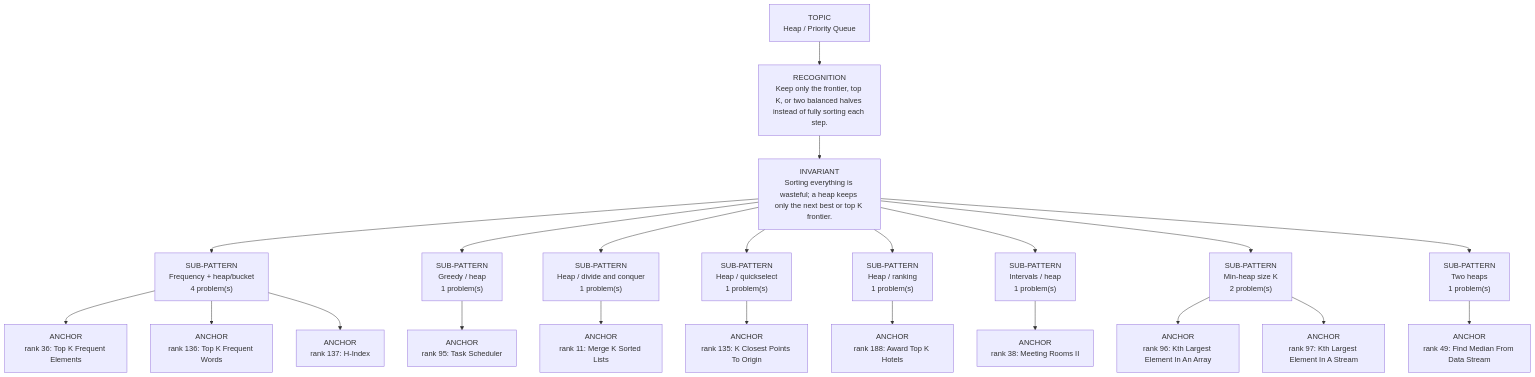
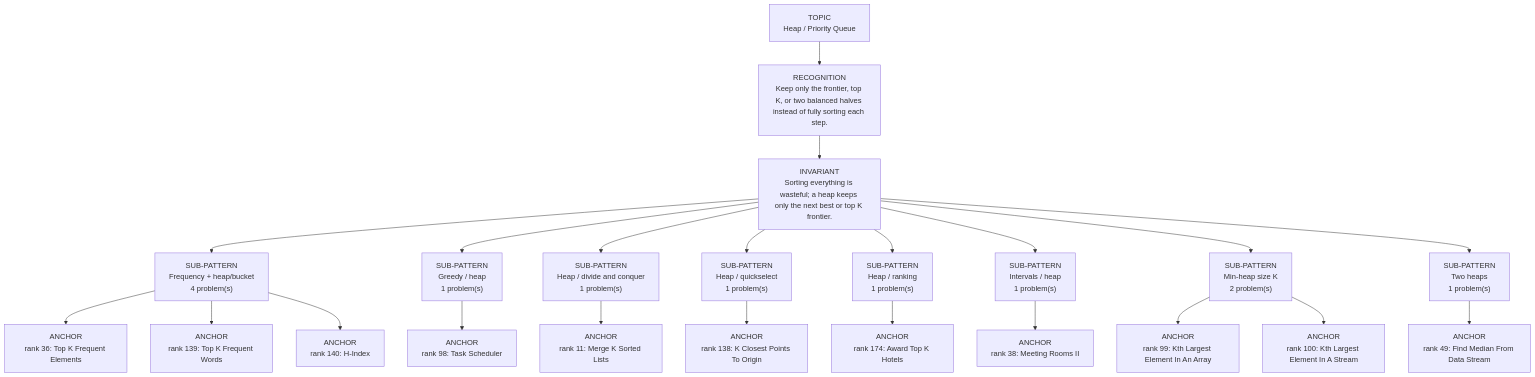
The diagram in dsa-review/interview/patterns/07_heap.md (thechiranjeevjain/DSA10days), drawn with Mermaid before and after one commit. The commit also changed other lines of this file and 51 other files, not shown here.

````diff
--- a/dsa-review/interview/patterns/07_heap.md
+++ b/dsa-review/interview/patterns/07_heap.md
@@ -15,26 +15,26 @@
 ```mermaid
 flowchart TD
   Topic["TOPIC<br/>Heap / Priority Queue"]
   Recognition["RECOGNITION<br/>Keep only the frontier, top K, or two balanced halves instead of fully sorting each step."]
   Invariant["INVARIANT<br/>Sorting everything is wasteful; a heap keeps only the next best or top K frontier."]
   Topic --> Recognition --> Invariant
   Invariant --> Sub01["SUB-PATTERN<br/>Frequency + heap/bucket<br/>4 problem(s)"]
   Sub01 --> Sub01A01["ANCHOR<br/>rank 36: Top K Frequent Elements"]
-  Sub01 --> Sub01A02["ANCHOR<br/>rank 136: Top K Frequent Words"]
-  Sub01 --> Sub01A03["ANCHOR<br/>rank 137: H-Index"]
+  Sub01 --> Sub01A02["ANCHOR<br/>rank 139: Top K Frequent Words"]
+  Sub01 --> Sub01A03["ANCHOR<br/>rank 140: H-Index"]
   Invariant --> Sub02["SUB-PATTERN<br/>Greedy / heap<br/>1 problem(s)"]
-  Sub02 --> Sub02A01["ANCHOR<br/>rank 95: Task Scheduler"]
+  Sub02 --> Sub02A01["ANCHOR<br/>rank 98: Task Scheduler"]
   Invariant --> Sub03["SUB-PATTERN<br/>Heap / divide and conquer<br/>1 problem(s)"]
   Sub03 --> Sub03A01["ANCHOR<br/>rank 11: Merge K Sorted Lists"]
   Invariant --> Sub04["SUB-PATTERN<br/>Heap / quickselect<br/>1 problem(s)"]
-  Sub04 --> Sub04A01["ANCHOR<br/>rank 135: K Closest Points To Origin"]
+  Sub04 --> Sub04A01["ANCHOR<br/>rank 138: K Closest Points To Origin"]
   Invariant --> Sub05["SUB-PATTERN<br/>Heap / ranking<br/>1 problem(s)"]
-  Sub05 --> Sub05A01["ANCHOR<br/>rank 188: Award Top K Hotels"]
+  Sub05 --> Sub05A01["ANCHOR<br/>rank 174: Award Top K Hotels"]
   Invariant --> Sub06["SUB-PATTERN<br/>Intervals / heap<br/>1 problem(s)"]
   Sub06 --> Sub06A01["ANCHOR<br/>rank 38: Meeting Rooms II"]
   Invariant --> Sub07["SUB-PATTERN<br/>Min-heap size K<br/>2 problem(s)"]
-  Sub07 --> Sub07A01["ANCHOR<br/>rank 96: Kth Largest Element In An Array"]
-  Sub07 --> Sub07A02["ANCHOR<br/>rank 97: Kth Largest Element In A Stream"]
+  Sub07 --> Sub07A01["ANCHOR<br/>rank 99: Kth Largest Element In An Array"]
+  Sub07 --> Sub07A02["ANCHOR<br/>rank 100: Kth Largest Element In A Stream"]
   Invariant --> Sub08["SUB-PATTERN<br/>Two heaps<br/>1 problem(s)"]
   Sub08 --> Sub08A01["ANCHOR<br/>rank 49: Find Median From Data Stream"]
 ```
````
